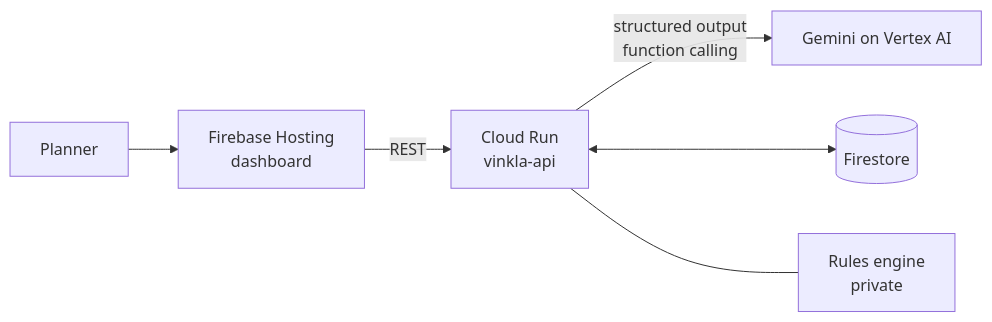
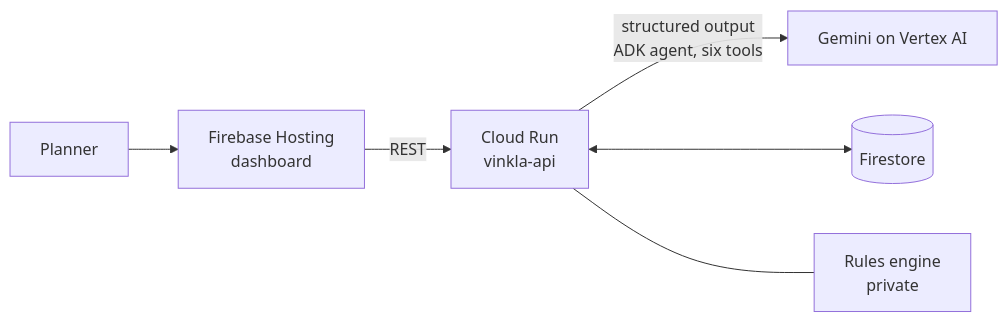
Before and after one commit to petrademia/vinkla-ai-builder-cup: the diagram in README.md, drawn with Mermaid. The commit also changed other lines of this file and 1 other file, not shown here.

Commit message:
Document the ADK chat and the Vertex AI rename

````diff
--- a/README.md
+++ b/README.md
@@ -36,8 +37,8 @@
 ```mermaid
 flowchart LR
   P[Planner] --> H[Firebase Hosting<br>dashboard]
   H -->|REST| A[Cloud Run<br>vinkla-api]
-  A -->|structured output<br>function calling| G[Gemini on Vertex AI]
+  A -->|structured output<br>ADK agent, six tools| G[Gemini on Vertex AI]
   A <--> F[(Firestore)]
   A --- R[Rules engine<br>private]
 ```
````
